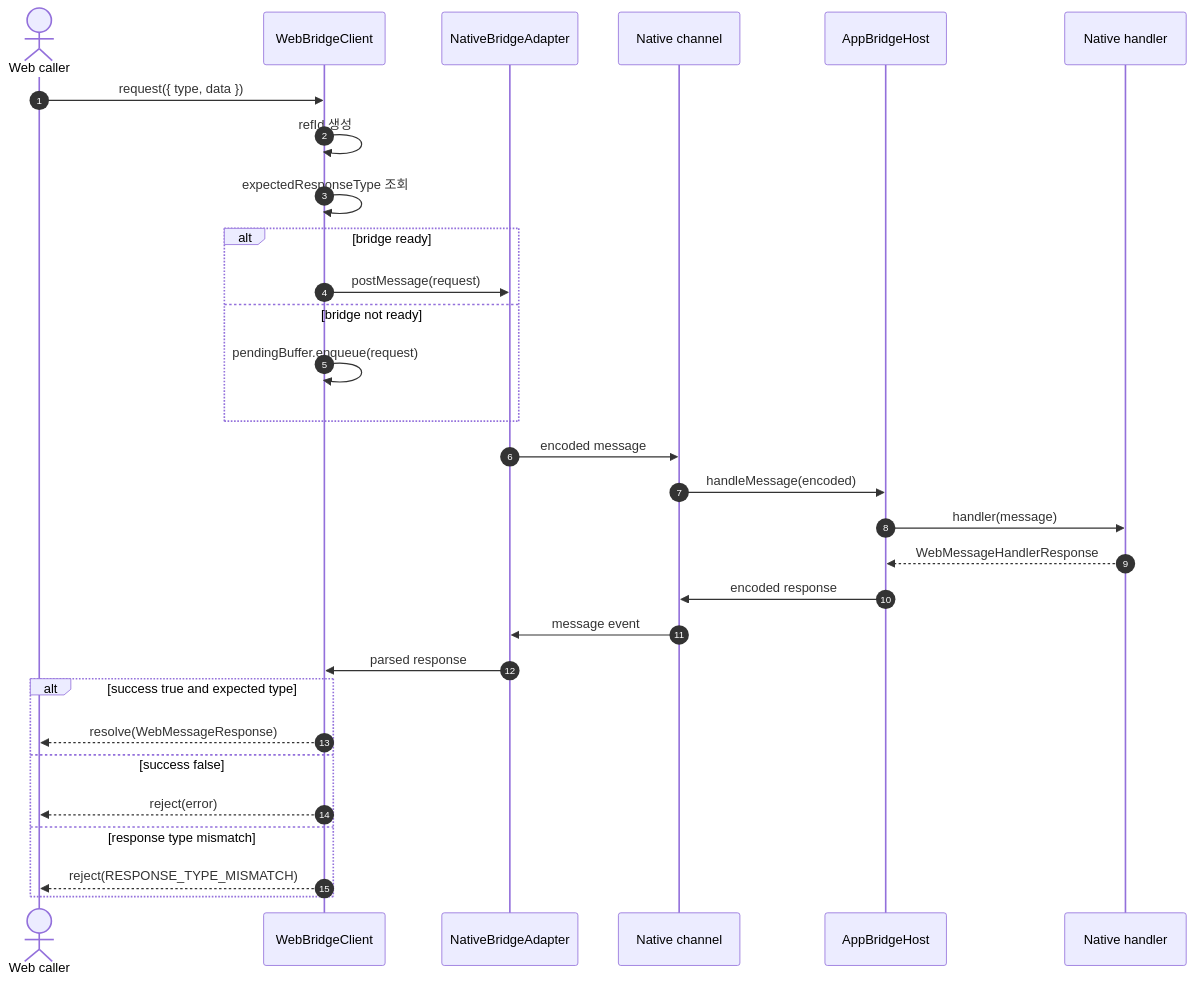
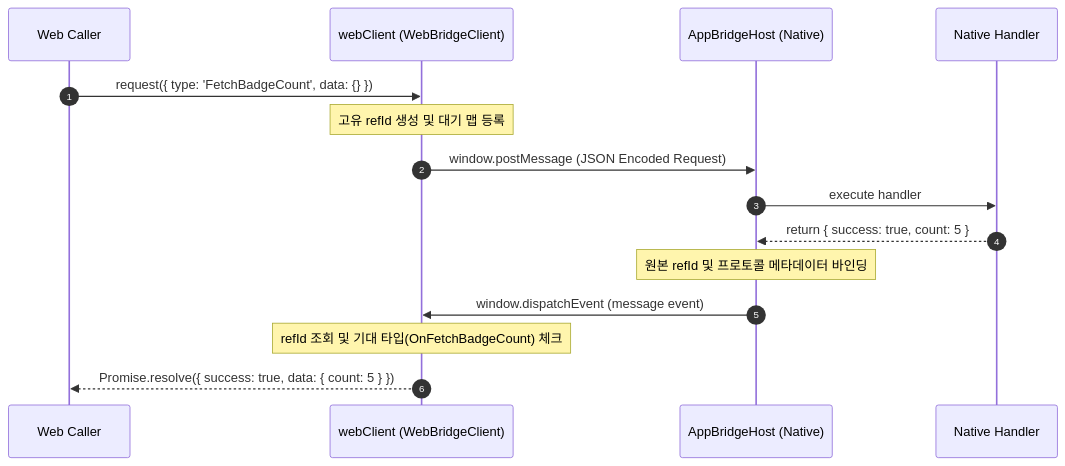
One commit to lemoncloud-io/dou-app changed the third of 6 diagrams in libs/bridges/README.md. Above: the diagram before and after it, drawn with Mermaid. The commit also changed other lines of this file and 2 other files, not shown here.

First line of the commit message:
refactor(bridges): remove bridge simulation environment

````diff
--- a/libs/bridges/README.md
+++ b/libs/bridges/README.md
@@ -188,36 +133,18 @@
 ```mermaid
 sequenceDiagram
     autonumber
-    actor Caller as Web caller
-    participant Client as WebBridgeClient
-    participant Adapter as NativeBridgeAdapter
-    participant Native as Native channel
-    participant Host as AppBridgeHost
-    participant Handler as Native handler
+    participant Caller as Web Caller
+    participant Client as webClient (WebBridgeClient)
+    participant Host as AppBridgeHost (Native)
+    participant Handler as Native Handler
 
-    Caller->>Client: request({ type, data })
-    Client->>Client: refId 생성
-    Client->>Client: expectedResponseType 조회
-
-    alt bridge ready
-        Client->>Adapter: postMessage(request)
-    else bridge not ready
-        Client->>Client: pendingBuffer.enqueue(request)
-    end
-
-    Adapter->>Native: encoded message
-    Native->>Host: handleMessage(encoded)
-    Host->>Handler: handler(message)
-    Handler-->>Host: WebMessageHandlerResponse
-    Host->>Native: encoded response
-    Native->>Adapter: message event
-    Adapter->>Client: parsed response
-
-    alt success true and expected type
-        Client-->>Caller: resolve(WebMessageResponse)
-    else success false
-        Client-->>Caller: reject(error)
-    else response type mismatch
-        Client-->>Caller: reject(RESPONSE_TYPE_MISMATCH)
-    end
+    Caller->>Client: request({ type: 'FetchBadgeCount', data: {} })
+    Note over Client: 고유 refId 생성 및 대기 맵 등록
+    Client->>Host: window.postMessage (JSON Encoded Request)
+    Host->>Handler: execute handler
+    Handler-->>Host: return { success: true, count: 5 }
+    Note over Host: 원본 refId 및 프로토콜 메타데이터 바인딩
+    Host->>Client: window.dispatchEvent (message event)
+    Note over Client: refId 조회 및 기대 타입(OnFetchBadgeCount) 체크
+    Client-->>Caller: Promise.resolve({ success: true, data: { count: 5 } })
 ```
````
